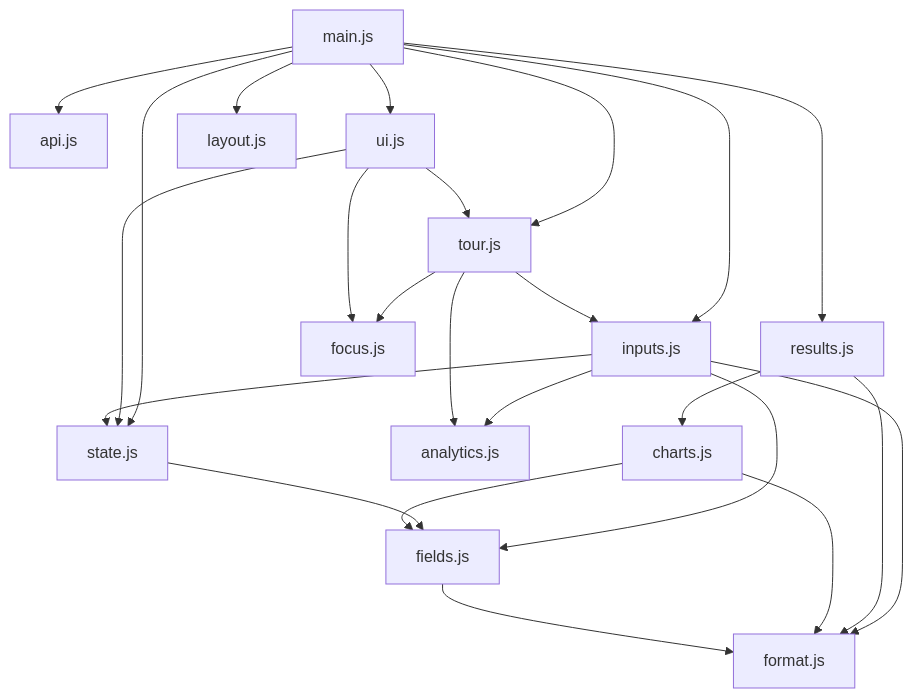
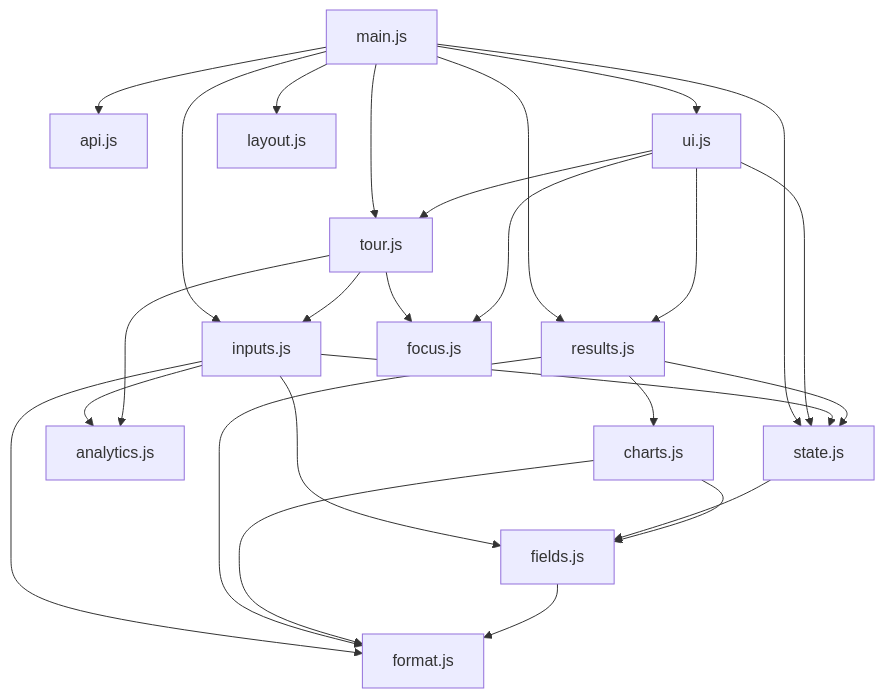
Before and after one commit to palsagar/rent-vs-buy-simulator: the diagram in docs/architecture.md, drawn with Mermaid. The commit also changed other lines of this file and 3 other files, not shown here.

````diff
--- a/docs/architecture.md
+++ b/docs/architecture.md
@@ -21,26 +21,28 @@
 ```mermaid
 graph TD
     main["main.js"] --> api["api.js"]
     main --> inputs["inputs.js"]
     main --> results["results.js"]
     main --> state["state.js"]
     main --> tour["tour.js"]
     main --> ui["ui.js"]
     main --> layout["layout.js"]
     ui --> state
     inputs --> fields["fields.js"]
     inputs --> analytics["analytics.js"]
     inputs --> format["format.js"]
     inputs --> state
     state --> fields
     tour --> analytics
     tour --> inputs
     tour --> focus["focus.js"]
     ui --> tour
     ui --> focus
     results --> charts["charts.js"]
     results --> format
+    results --> state
+    ui --> results
     charts --> fields
     charts --> format
     fields --> format
 ```
````
